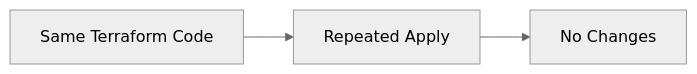
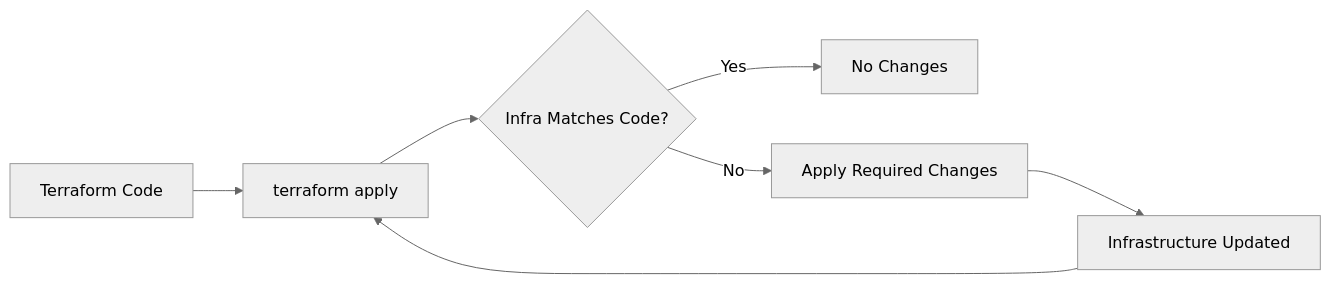
Before and after one commit to arira-ai/ar_terraform: the fifth of 6 diagrams in 02-Terrafrom_Blocks/02.03-Terraform_Workflow.md, drawn with Mermaid (neutral theme). The commit also changed other lines of this file, not shown here.

````diff
--- a/02-Terrafrom_Blocks/02.03-Terraform_Workflow.md
+++ b/02-Terrafrom_Blocks/02.03-Terraform_Workflow.md
@@ -241,5 +241,9 @@
 ```mermaid
 flowchart LR
-A[Same Terraform Code] --> B[Repeated Apply]
-B --> C[No Changes]
+    A[Terraform Code] --> B[terraform apply]
+    B --> C{Infra Matches Code?}
+    C -- Yes --> D[No Changes]
+    C -- No --> E[Apply Required Changes]
+    E --> F[Infrastructure Updated]
+    F --> B
 ```
````
